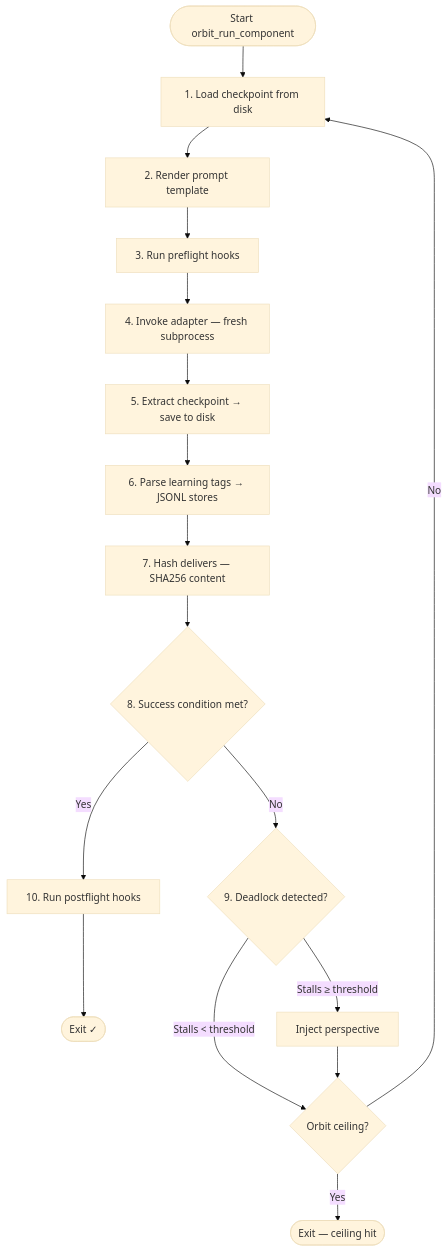
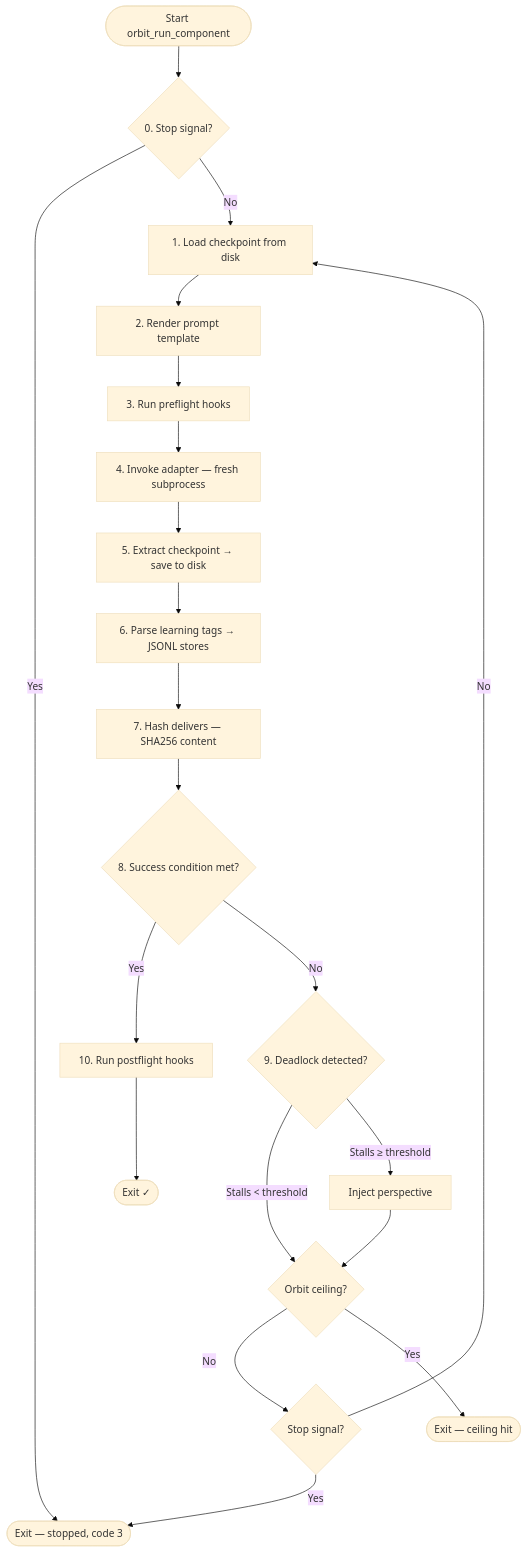
The diagram in docs/orbit-loop.md (Modal-Vector/Orbit-Rover), drawn with Mermaid (base theme) before and after one commit. The commit also changed other lines of this file and 11 other files, not shown here.

First line of the commit message:
Add orbit stop command for graceful mission termination

````diff
--- a/docs/orbit-loop.md
+++ b/docs/orbit-loop.md
@@ -20,19 +20,23 @@
 ```mermaid
 flowchart TD
-    A([Start orbit_run_component]) --> B[1. Load checkpoint from disk]
+    A([Start orbit_run_component]) --> STOP{0. Stop signal?}
+    STOP -- Yes --> STOP_EXIT([Exit — stopped, code 3])
+    STOP -- No --> B[1. Load checkpoint from disk]
     B --> C[2. Render prompt template]
     C --> D[3. Run preflight hooks]
     D --> E[4. Invoke adapter — fresh subprocess]
     E --> F[5. Extract checkpoint → save to disk]
     F --> G[6. Parse learning tags → JSONL stores]
     G --> H[7. Hash delivers — SHA256 content]
     H --> I{8. Success condition met?}
     I -- Yes --> K[10. Run postflight hooks]
     K --> L([Exit ✓])
     I -- No --> J{9. Deadlock detected?}
     J -- "Stalls < threshold" --> M{Orbit ceiling?}
     J -- "Stalls ≥ threshold" --> N[Inject perspective]
     N --> M
-    M -- No --> B
+    M -- No --> STOP2{Stop signal?}
+    STOP2 -- Yes --> STOP_EXIT
+    STOP2 -- No --> B
     M -- Yes --> O([Exit — ceiling hit])
 ```
````
